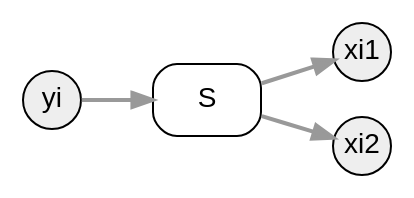
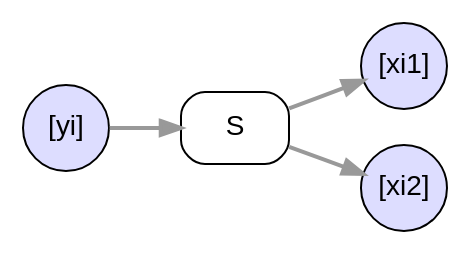
Before and after one commit to drautzburg/currychicken: the diagram in opal/ProductsSplit.dot, drawn with Graphviz. The commit also changed 6 other files, not shown here.

```diff
--- a/opal/ProductsSplit.dot
+++ b/opal/ProductsSplit.dot
@@ -1,18 +1,21 @@
 digraph d {
 	node [fontname = "Arial"];
 	edge [fontname = "Arial", fontsize=11,color="#999999", penwidth=2, weight=1];
 
 	rankdir=LR
-	subgraph port {
-		node [shape=circle, style=filled, fillcolor="#EEEEEE", fixedsize=true, width=0.4]
-		xi1
-		xi2
-		yi
+	subgraph nest {
+		node [shape=circle, style=filled, fillcolor="#FFDDDD", fixedsize=true, width=0.6]
+		}		
+	subgraph list {
+		node [shape=circle, style=filled, fillcolor="#DDDDFF", fixedsize=true, width=0.6]
+		xi1[label="[xi1]"]
+		xi2[label="[xi2]"]
+		yi[label="[yi]"]
 		}
 	subgraph process {
 		node [shape=box, style=rounded]
 		S
 	}
 yi -> S -> xi1
 S -> xi2
 }
```
